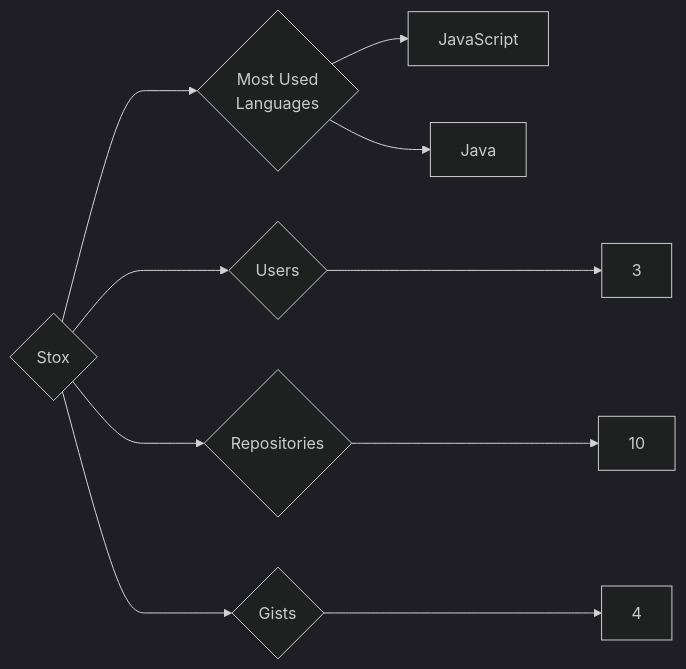
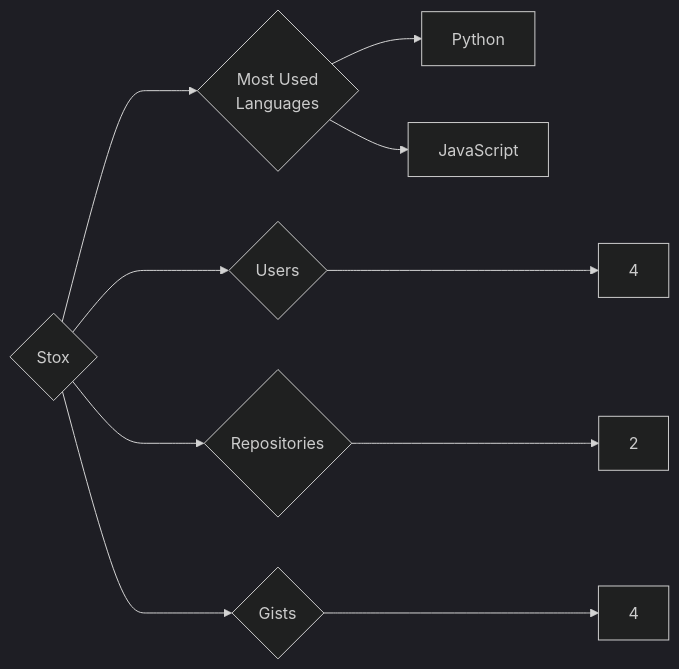
Before and after one commit to trickest/insiders: the diagram in targets/Stox/README.md, drawn with Mermaid (dark theme). The commit also changed 912 other files, not shown here.

````diff
--- a/targets/Stox/README.md
+++ b/targets/Stox/README.md
@@ -3,10 +3,10 @@
 ```mermaid
 graph LR
 COMPANY_NAME{Stox}
-COMPANY_NAME ---> U{Users} ---> UN[3]
-COMPANY_NAME ---> R{Repositories} ---> RN[10]
+COMPANY_NAME ---> U{Users} ---> UN[4]
+COMPANY_NAME ---> R{Repositories} ---> RN[2]
 COMPANY_NAME ---> G{Gists} ---> GN[4]
 COMPANY_NAME ---> ML{Most Used<br>Languages}
+ML --> Python[Python]
 ML --> JavaScript[JavaScript]
-ML --> Java[Java]
 ```
````
